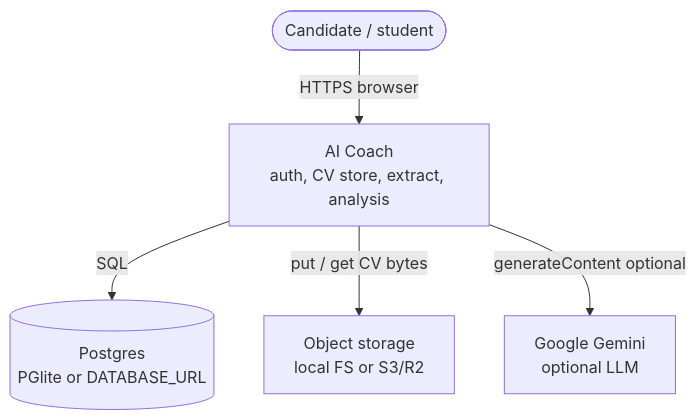
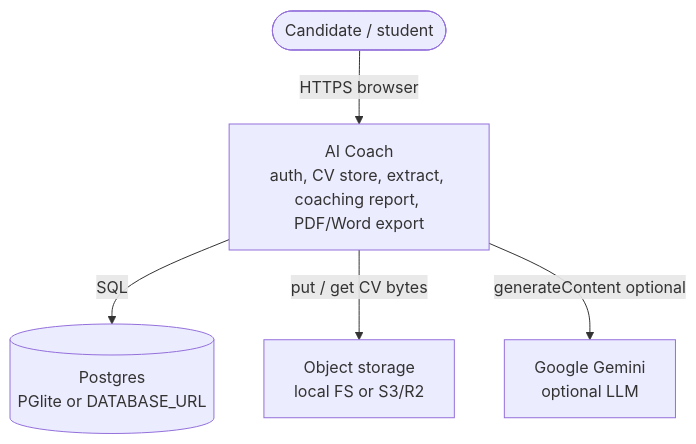
The first of 2 diagrams in documents/architecture/c4.md (nguyentantai21042004/co3065-advanced-software-engineering), drawn with Mermaid before and after one commit. The commit also changed other lines of this file and 16 other files, not shown here.

First line of the commit message:
feat: coaching report with PDF/Word export on CV results

````diff
--- a/documents/architecture/c4.md
+++ b/documents/architecture/c4.md
@@ -7,13 +7,13 @@
 ```mermaid
 flowchart TB
   user(["Candidate / student"])
-  aicoach["AI Coach<br/>auth, CV store, extract, analysis"]
+  aicoach["AI Coach<br/>auth, CV store, extract, coaching report, PDF/Word export"]
   gemini["Google Gemini<br/>optional LLM"]
   object["Object storage<br/>local FS or S3/R2"]
   pg[("Postgres<br/>PGlite or DATABASE_URL")]
 
   user -->|"HTTPS browser"| aicoach
   aicoach -->|"SQL"| pg
   aicoach -->|"put / get CV bytes"| object
   aicoach -->|"generateContent optional"| gemini
 ```
````
